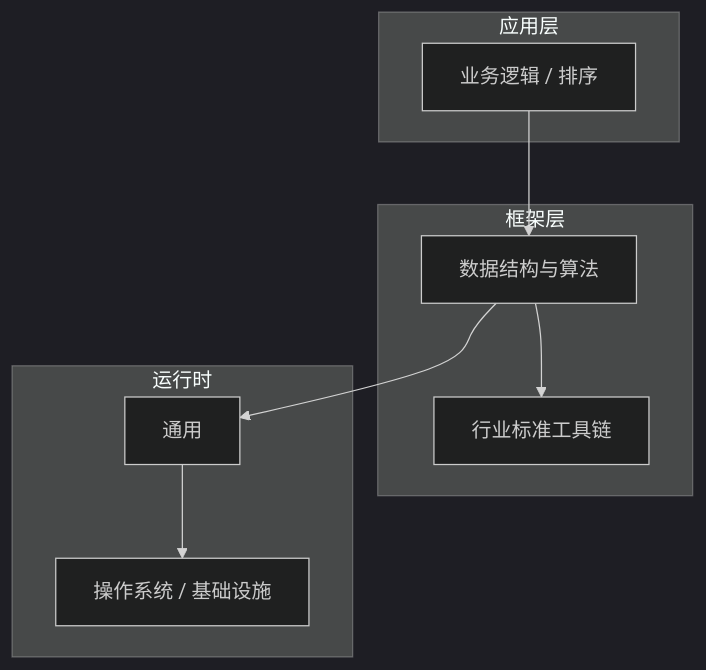
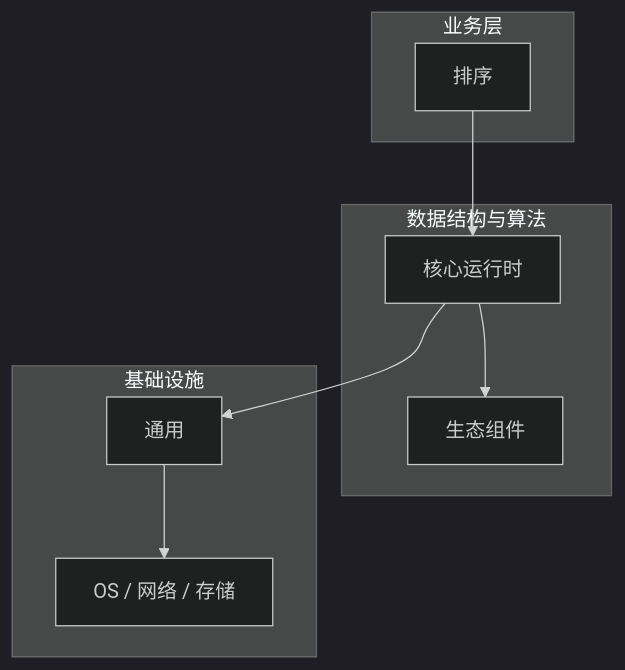
Before and after one commit to yanggan2015/knowledge-json-v2: the diagram in articles/数据结构与算法/chapters/105-排序核心概念与原理.md, drawn with Mermaid (dark theme). The commit also changed other lines of this file and 10127 other files, not shown here.

````diff
--- a/articles/数据结构与算法/chapters/105-排序核心概念与原理.md
+++ b/articles/数据结构与算法/chapters/105-排序核心概念与原理.md
@@ -45,18 +30,18 @@
 ```mermaid
 graph TB
-    subgraph 应用层
-        A[业务逻辑 / 排序]
+    subgraph 业务层
+        A[排序]
     end
-    subgraph 框架层
-        B[数据结构与算法]
-        C[行业标准工具链]
+    subgraph 数据结构与算法
+        B[核心运行时]
+        C[生态组件]
     end
-    subgraph 运行时
+    subgraph 基础设施
         D[通用]
-        E[操作系统 / 基础设施]
+        E[OS / 网络 / 存储]
     end
     A --> B
     B --> C
     B --> D
     D --> E
 ```
````
